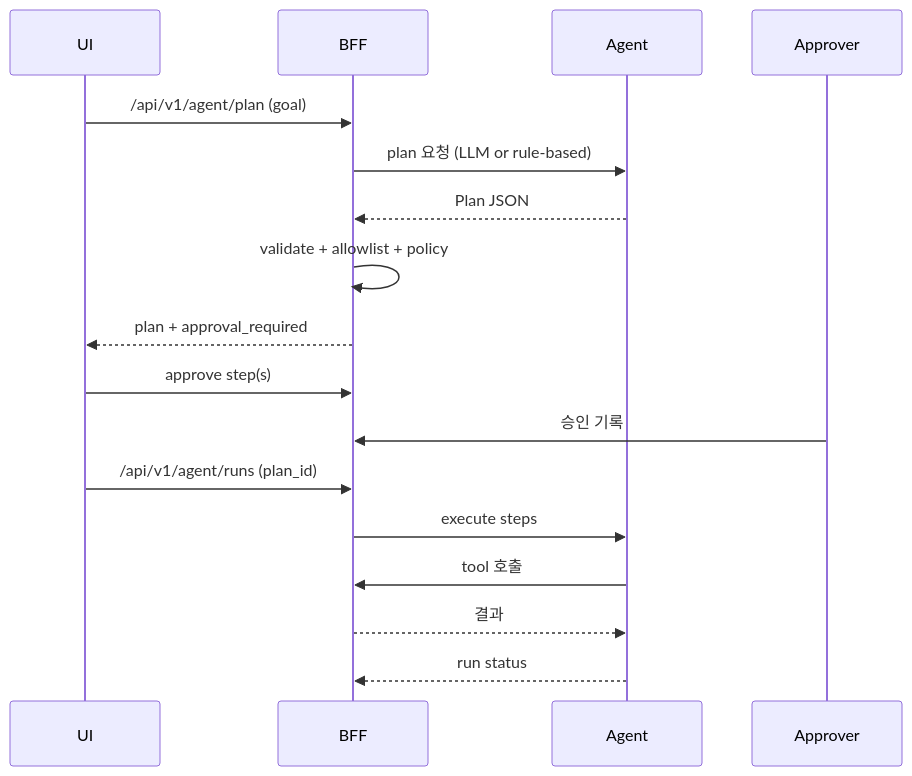
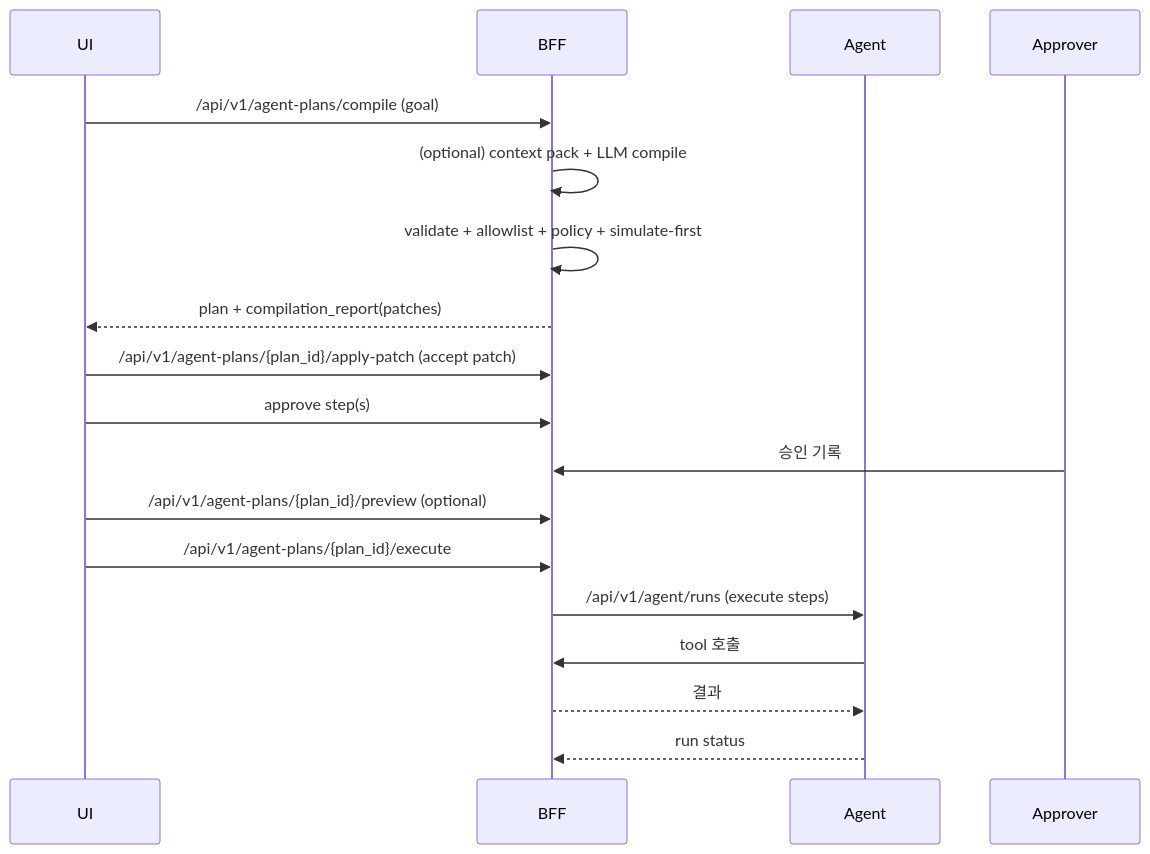
Before and after one commit to ludia8888/SPICE-Harvester: the diagram in docs/LANGGRAPH_EXTENSION.md, drawn with Mermaid. The commit also changed other lines of this file and 5 other files, not shown here.

````diff
--- a/docs/LANGGRAPH_EXTENSION.md
+++ b/docs/LANGGRAPH_EXTENSION.md
@@ -158,20 +171,21 @@
 ```mermaid
 sequenceDiagram
   participant UI
   participant BFF
   participant Agent
   participant Approver
 
-  UI->>BFF: /api/v1/agent/plan (goal)
-  BFF->>Agent: plan 요청 (LLM or rule-based)
-  Agent-->>BFF: Plan JSON
-  BFF->>BFF: validate + allowlist + policy
-  BFF-->>UI: plan + approval_required
+  UI->>BFF: /api/v1/agent-plans/compile (goal)
+  BFF->>BFF: (optional) context pack + LLM compile
+  BFF->>BFF: validate + allowlist + policy + simulate-first
+  BFF-->>UI: plan + compilation_report(patches)
+  UI->>BFF: /api/v1/agent-plans/{plan_id}/apply-patch (accept patch)
   UI->>BFF: approve step(s)
   Approver->>BFF: 승인 기록
-  UI->>BFF: /api/v1/agent/runs (plan_id)
-  BFF->>Agent: execute steps
+  UI->>BFF: /api/v1/agent-plans/{plan_id}/preview (optional)
+  UI->>BFF: /api/v1/agent-plans/{plan_id}/execute
+  BFF->>Agent: /api/v1/agent/runs (execute steps)
   Agent->>BFF: tool 호출
   BFF-->>Agent: 결과
   Agent-->>BFF: run status
 ```
````
